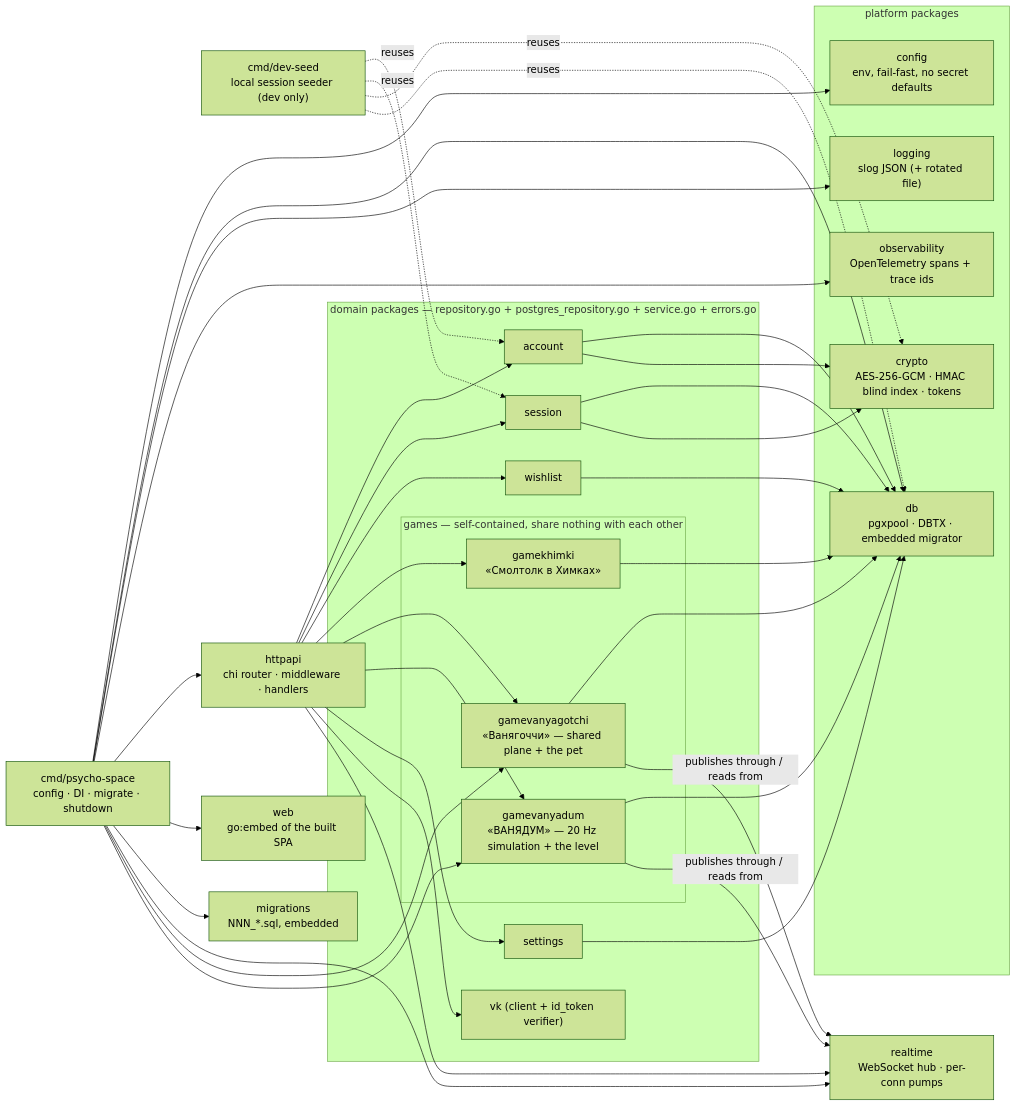
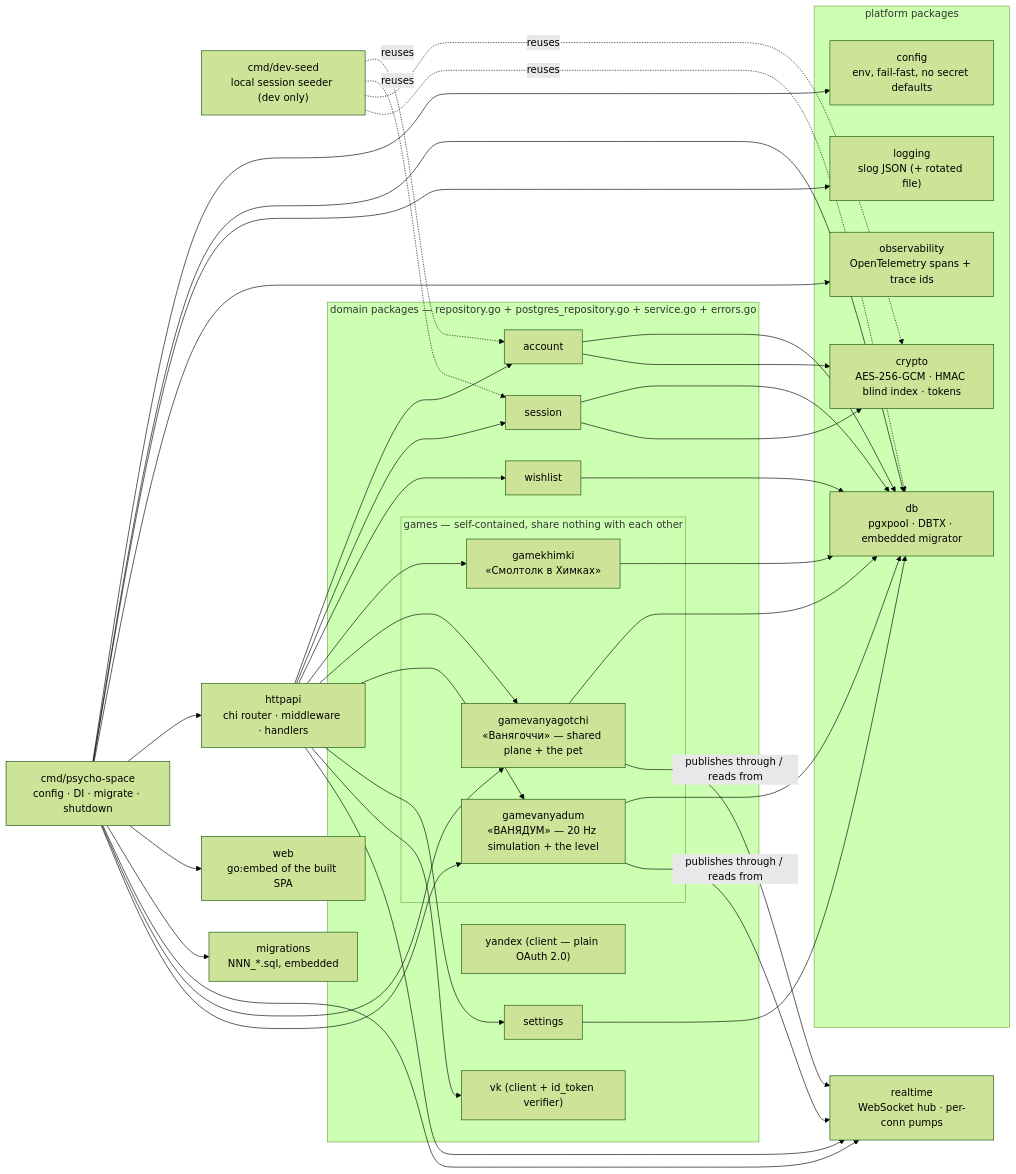
The tenth of 12 diagrams in docs/ARCHITECTURE.md (SergeyZSpb/psycho-space), drawn with Mermaid (forest theme) before and after one commit. The commit also changed other lines of this file and 76 other files, not shown here.

````diff
--- a/docs/ARCHITECTURE.md
+++ b/docs/ARCHITECTURE.md
@@ -363,39 +390,40 @@
 ```mermaid
 flowchart LR
     MAIN["cmd/psycho-space<br/>config · DI · migrate · shutdown"]
     SEED["cmd/dev-seed<br/>local session seeder (dev only)"]
 
     subgraph platform["platform packages"]
         CFG["config<br/>env, fail-fast, no secret defaults"]
         CRY["crypto<br/>AES-256-GCM · HMAC blind index · tokens"]
         DB["db<br/>pgxpool · DBTX · embedded migrator"]
         LOG["logging<br/>slog JSON (+ rotated file)"]
         OBS["observability<br/>OpenTelemetry spans + trace ids"]
     end
 
     HTTP["httpapi<br/>chi router · middleware · handlers"]
     RT["realtime<br/>WebSocket hub · per-conn pumps"]
 
     subgraph domain["domain packages — repository.go + postgres_repository.go + service.go + errors.go"]
         ACC["account"]
         SESS["session"]
         WISH["wishlist"]
         SET["settings"]
         VKP["vk (client + id_token verifier)"]
+        YAP["yandex (client — plain OAuth 2.0)"]
         subgraph games["games — self-contained, share nothing with each other"]
             GAME["gamekhimki<br/>«Смолтолк в Химках»"]
             VANYA["gamevanyagotchi<br/>«Ванягоччи» — shared plane + the pet"]
             DUM["gamevanyadum<br/>«ВАНЯДУМ» — 20 Hz simulation + the level"]
         end
     end
 
     WEB["web<br/>go:embed of the built SPA"]
     MIG["migrations<br/>NNN_*.sql, embedded"]
 
     MAIN --> CFG & DB & LOG & OBS & HTTP & WEB & MIG & RT & VANYA & DUM
     HTTP --> ACC & SESS & WISH & GAME & VANYA & DUM & SET & VKP & RT
     ACC & SESS & WISH & GAME & VANYA & DUM & SET --> DB
     ACC & SESS --> CRY
     VANYA & DUM -- "publishes through / reads from" --> RT
     SEED -.reuses.-> ACC & SESS & CRY & DB
 ```
````
